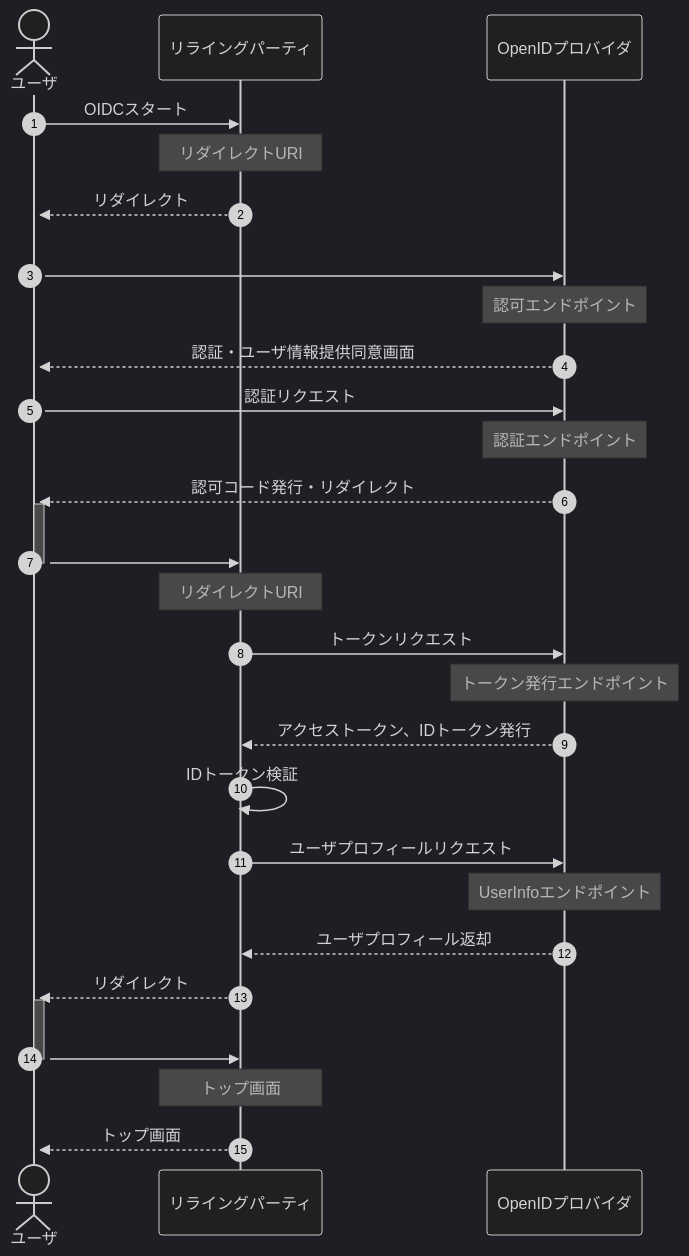
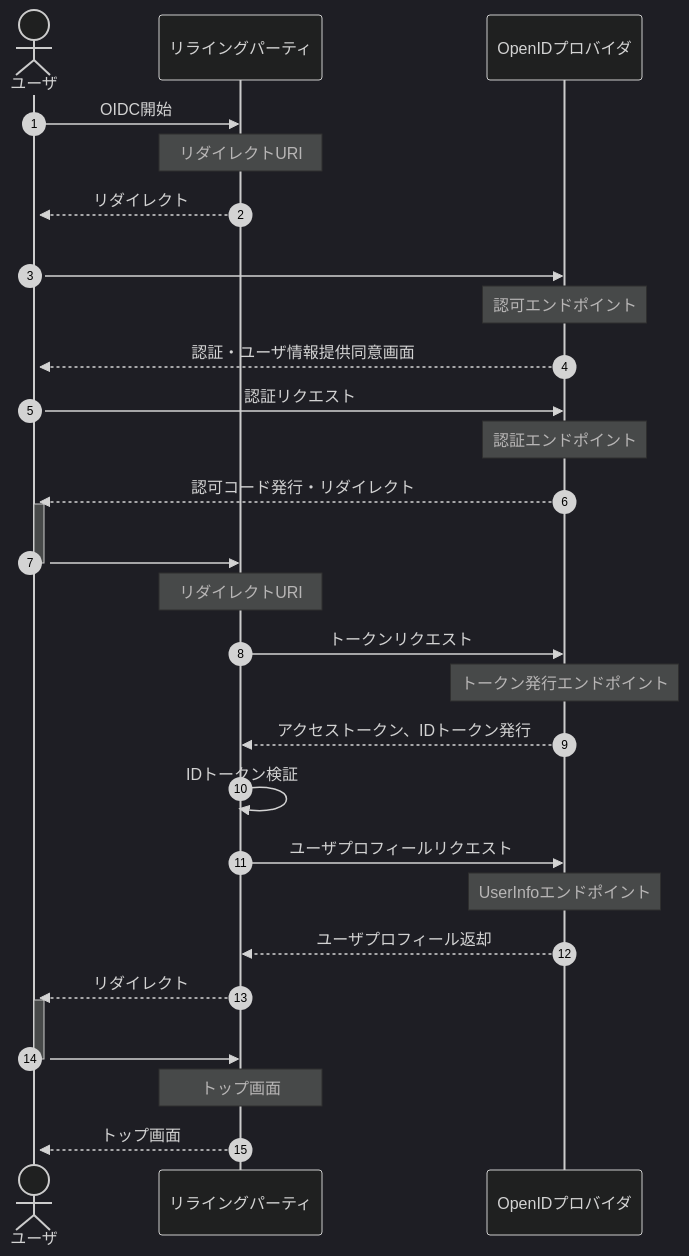
Before and after one commit to nob-islan/nob-openid-connect: the diagram in docs/business-sequence.md, drawn with Mermaid.

Commit message:
rp, op追加

````diff
--- a/docs/business-sequence.md
+++ b/docs/business-sequence.md
@@ -9,31 +9,31 @@
 ```mermaid
 %%{init:{'theme':'dark'}}%%
 sequenceDiagram
 autonumber
     actor user as ユーザ
     participant relying_party as リライングパーティ
     participant oid_provider as OpenIDプロバイダ
 
-    user->>relying_party: OIDCスタート
+    user->>relying_party: OIDC開始
     Note over relying_party: リダイレクトURI
     relying_party-->>+user: リダイレクト
     user->>oid_provider: <br>
     Note over oid_provider: 認可エンドポイント
     oid_provider-->>user: 認証・ユーザ情報提供同意画面
     user->>oid_provider: 認証リクエスト
     Note over oid_provider: 認証エンドポイント
     oid_provider-->>+user: 認可コード発行・リダイレクト
     user->>-relying_party: <br>
     Note over relying_party: リダイレクトURI
     relying_party->>oid_provider: トークンリクエスト
     Note over oid_provider: トークン発行エンドポイント
     oid_provider-->>relying_party: アクセストークン、IDトークン発行
     relying_party->>relying_party: IDトークン検証
     relying_party->>oid_provider: ユーザプロフィールリクエスト
     Note over oid_provider: UserInfoエンドポイント
     oid_provider-->>relying_party: ユーザプロフィール返却
     relying_party-->>+user: リダイレクト
     user->>-relying_party: <br>
     Note over relying_party: トップ画面
     relying_party-->>+user: トップ画面
 ```
````
